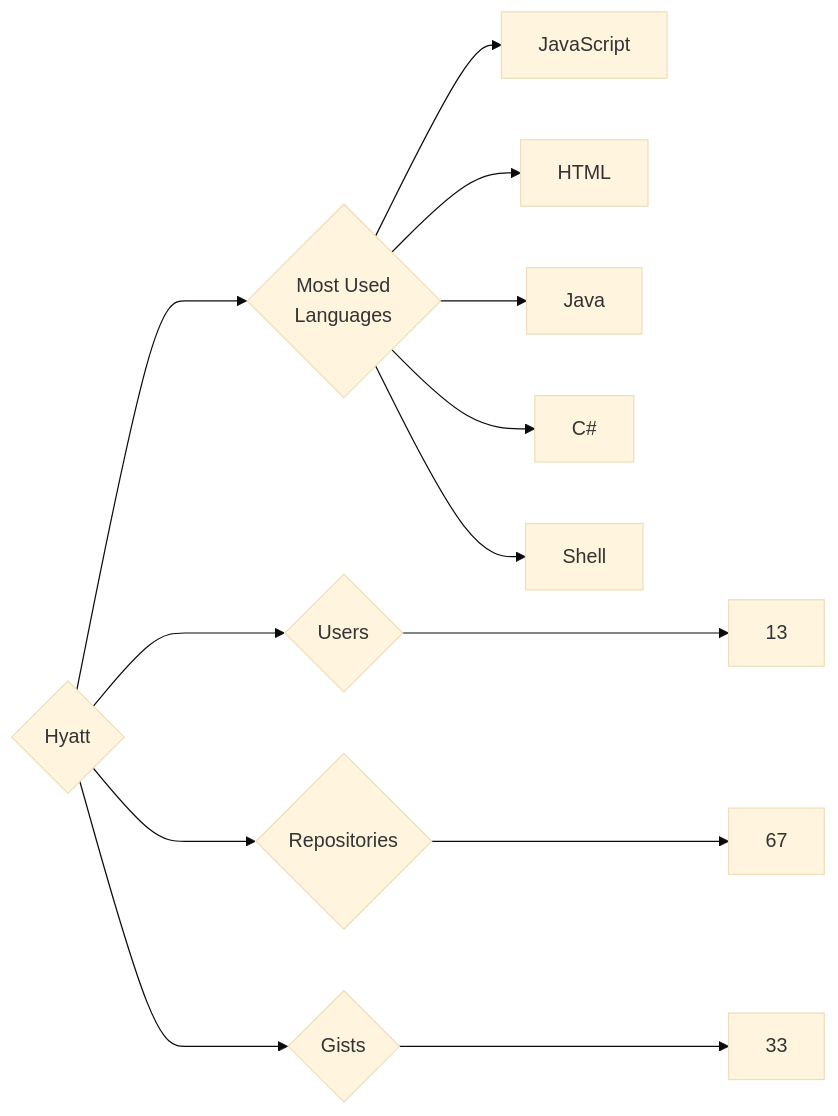
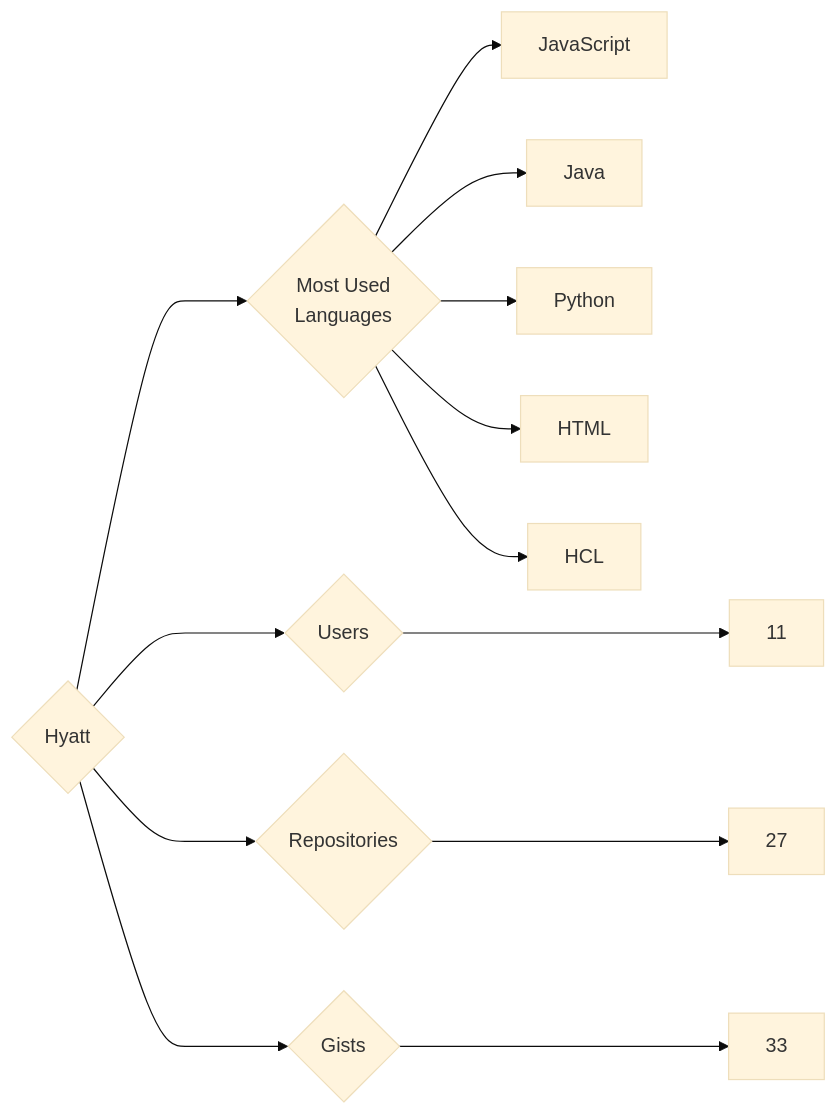
One commit to trickest/insiders changed the diagram in targets/Hyatt/README.md. Above: the diagram before and after it, drawn with Mermaid (base theme). The commit also changed 633 other files, not shown here.

````diff
--- a/targets/Hyatt/README.md
+++ b/targets/Hyatt/README.md
@@ -3,13 +3,13 @@
 ```mermaid
 graph LR
 COMPANY_NAME{Hyatt}
-COMPANY_NAME ---> U{Users} ---> UN[13]
-COMPANY_NAME ---> R{Repositories} ---> RN[67]
+COMPANY_NAME ---> U{Users} ---> UN[11]
+COMPANY_NAME ---> R{Repositories} ---> RN[27]
 COMPANY_NAME ---> G{Gists} ---> GN[33]
 COMPANY_NAME ---> ML{Most Used<br>Languages}
 ML --> JavaScript[JavaScript]
+ML --> Java[Java]
+ML --> Python[Python]
 ML --> HTML[HTML]
-ML --> Java[Java]
-ML --> C#[C#]
-ML --> Shell[Shell]
+ML --> HCL[HCL]
 ```
````
